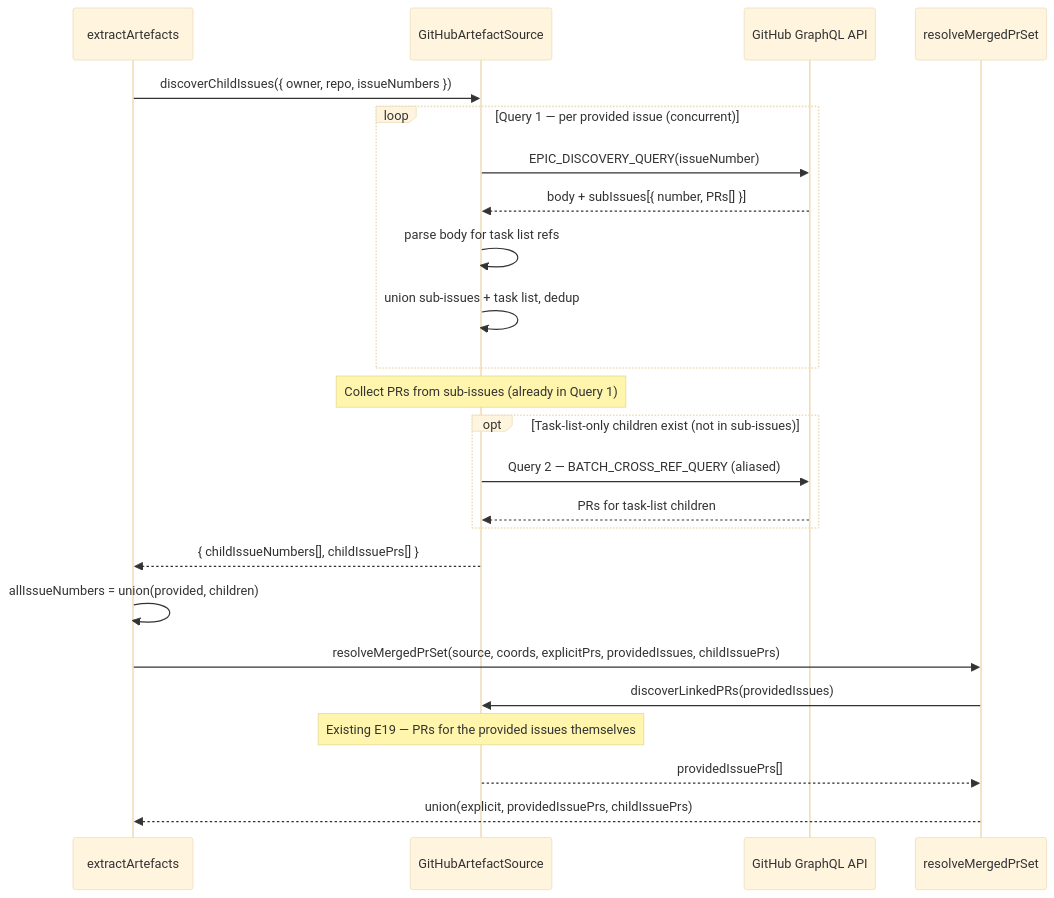
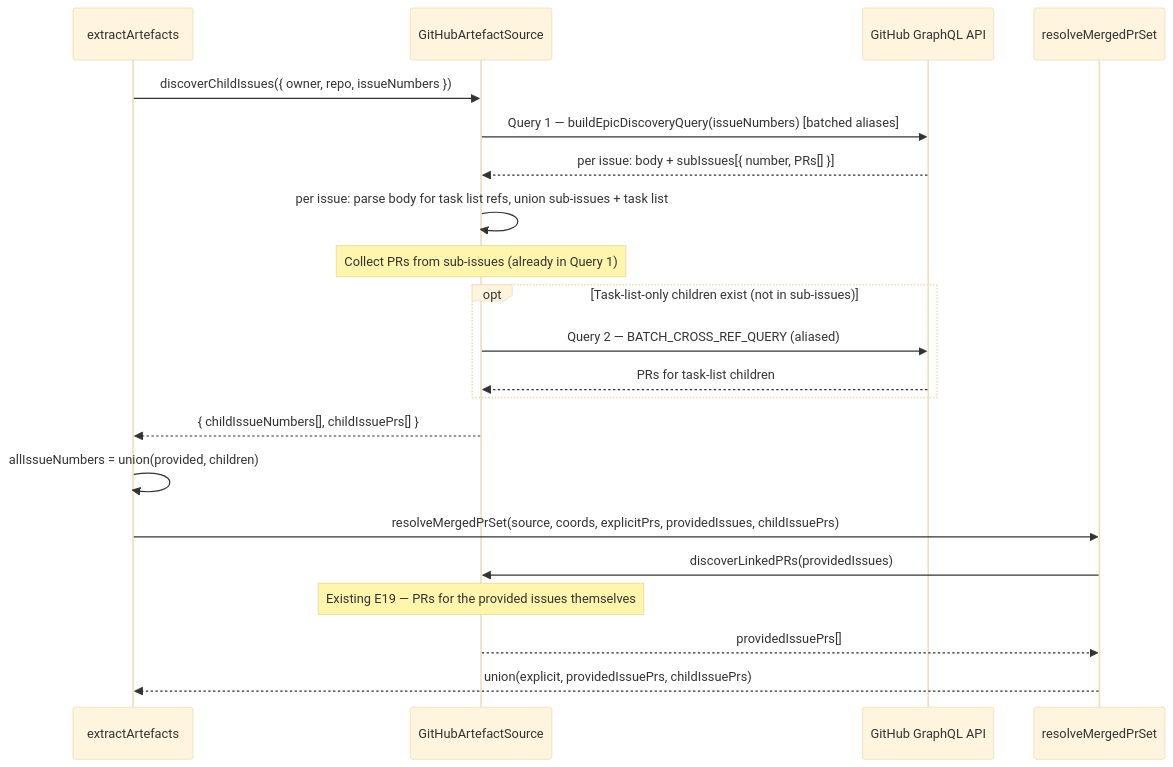
Before and after one commit to mironyx/feature-comprehension-score: the first of 3 diagrams in docs/design/lld-v4-e2-epic-discovery.md, drawn with Mermaid (base theme). The commit also changed other lines of this file, not shown here.

First line of the commit message:
docs: batch Query 1 via dynamic aliases in E2 LLD #321

````diff
--- a/docs/design/lld-v4-e2-epic-discovery.md
+++ b/docs/design/lld-v4-e2-epic-discovery.md
@@ -47,27 +47,24 @@
 ```mermaid
 sequenceDiagram
     participant Svc as extractArtefacts
     participant Adapter as GitHubArtefactSource
     participant GQL as GitHub GraphQL API
     participant Resolve as resolveMergedPrSet
 
     Svc->>Adapter: discoverChildIssues({ owner, repo, issueNumbers })
-    loop Query 1 — per provided issue (concurrent)
-        Adapter->>GQL: EPIC_DISCOVERY_QUERY(issueNumber)
-        GQL-->>Adapter: body + subIssues[{ number, PRs[] }]
-        Adapter->>Adapter: parse body for task list refs
-        Adapter->>Adapter: union sub-issues + task list, dedup
-    end
+    Adapter->>GQL: Query 1 — buildEpicDiscoveryQuery(issueNumbers) [batched aliases]
+    GQL-->>Adapter: per issue: body + subIssues[{ number, PRs[] }]
+    Adapter->>Adapter: per issue: parse body for task list refs, union sub-issues + task list
     Note over Adapter: Collect PRs from sub-issues (already in Query 1)
     opt Task-list-only children exist (not in sub-issues)
         Adapter->>GQL: Query 2 — BATCH_CROSS_REF_QUERY (aliased)
         GQL-->>Adapter: PRs for task-list children
     end
     Adapter-->>Svc: { childIssueNumbers[], childIssuePrs[] }
     Svc->>Svc: allIssueNumbers = union(provided, children)
     Svc->>Resolve: resolveMergedPrSet(source, coords, explicitPrs, providedIssues, childIssuePrs)
     Resolve->>Adapter: discoverLinkedPRs(providedIssues)
     Note over Adapter: Existing E19 — PRs for the provided issues themselves
     Adapter-->>Resolve: providedIssuePrs[]
     Resolve-->>Svc: union(explicit, providedIssuePrs, childIssuePrs)
 ```
````
